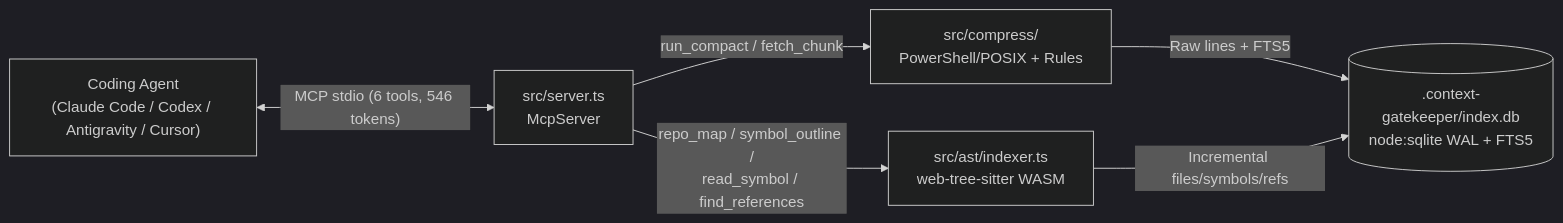
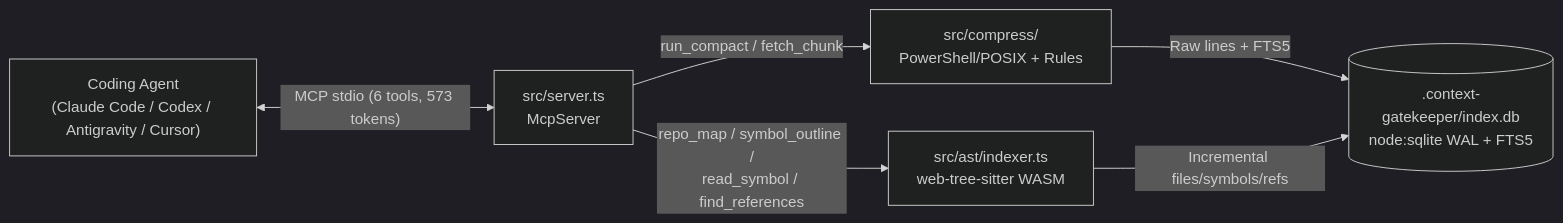
Before and after one commit to AaronPG095/Context-Gatekeeper-MCP: the diagram in docs/ARCHITECTURE.md, drawn with Mermaid (dark theme). The commit also changed other lines of this file and 18 other files, not shown here.

````diff
--- a/docs/ARCHITECTURE.md
+++ b/docs/ARCHITECTURE.md
@@ -5,11 +5,11 @@
 ```mermaid
 flowchart LR
     Agent["Coding Agent\n(Claude Code / Codex / Antigravity / Cursor)"]
-    Agent <-->|"MCP stdio (6 tools, 546 tokens)"| Server["src/server.ts\nMcpServer"]
+    Agent <-->|"MCP stdio (6 tools, 573 tokens)"| Server["src/server.ts\nMcpServer"]
 
     Server -->|"run_compact / fetch_chunk"| Runner["src/compress/\nPowerShell/POSIX + Rules"]
     Runner -->|"Raw lines + FTS5"| DB[(".context-gatekeeper/index.db\nnode:sqlite WAL + FTS5")]
 
     Server -->|"repo_map / symbol_outline /\nread_symbol / find_references"| Indexer["src/ast/indexer.ts\nweb-tree-sitter WASM"]
     Indexer -->|"Incremental files/symbols/refs"| DB
 ```
````
